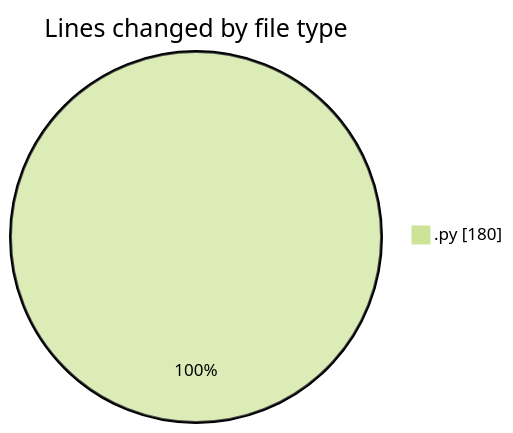
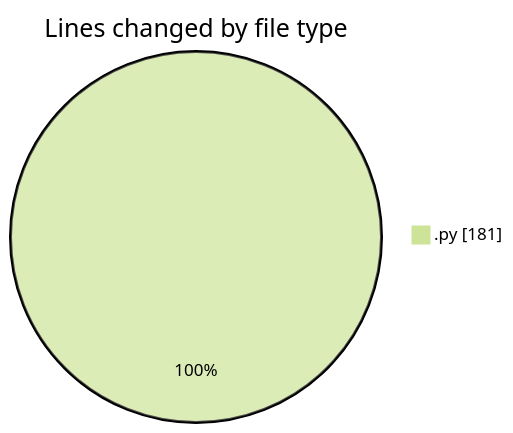
The first of 2 diagrams in 2026-02-22/student_performance_system/README.md (hasnaa123/code-tracking), drawn with Mermaid (forest theme) before and after one commit. The commit also changed other lines of this file and 1 other file, not shown here.

````diff
--- a/2026-02-22/student_performance_system/README.md
+++ b/2026-02-22/student_performance_system/README.md
@@ -20,5 +20,5 @@
 ```mermaid
 pie showData
 title Lines changed by file type
-".py" : 180
+".py" : 181
 ```
````
